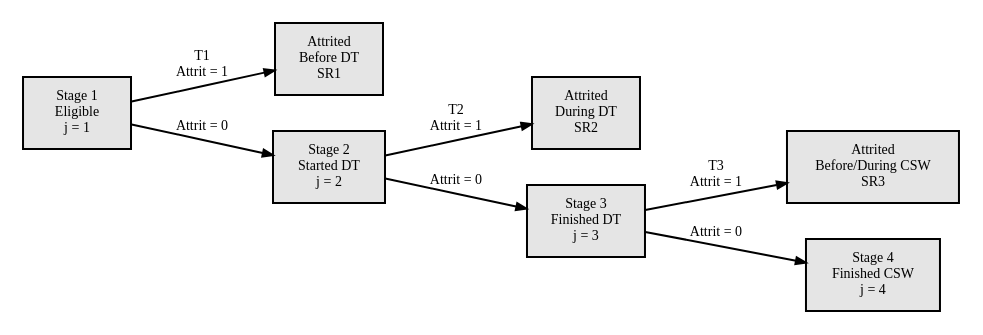
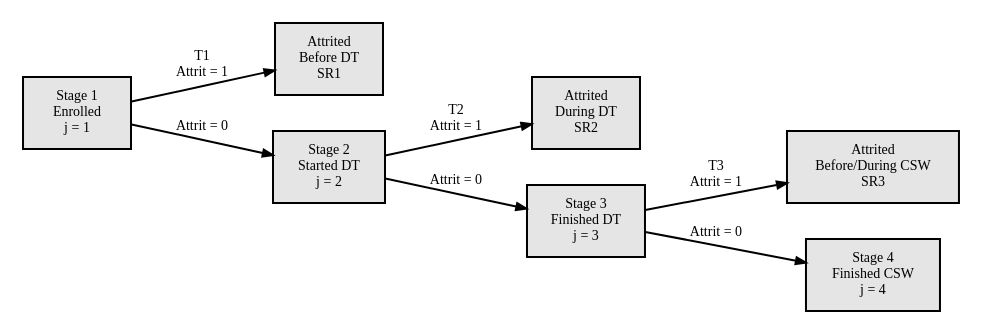
One commit to sjpierce/SANETPA changed the diagram in scripts/RQ2_RQ3_SR_Models.qmd. Above: the diagram before and after it, drawn with Graphviz.

Commit message:
Update stage diagram.

````diff
--- a/scripts/RQ2_RQ3_SR_Models.qmd
+++ b/scripts/RQ2_RQ3_SR_Models.qmd
@@ -315,33 +315,33 @@
 ```{dot}
 //| label: fig-Stages
 //| fig-cap: Stages, Thresholds (T1-T3), and Stopping Ratios (SR1-SR3) in the 
 //|          SANE Training Program. CSW, clinical skills workshop; DT, didactic 
 //|          training.
 //| fig-width: 5
 //| fig-height: 2.5
 
 digraph StagesModeled {
 
 graph [rankdir="LR"];
 
 node [shape = "box", style= "filled", fillcolor = "Gray90", fontsize = "7"];
 A1 [label = "Attrited\nBefore DT\nSR1"]
 A2 [label = "Attrited\nDuring DT\nSR2"]
 A3 [label = "Attrited\nBefore/During CSW\nSR3"]
 
-S1 [label = "Stage 1\nEligible\nj = 1"]
+S1 [label = "Stage 1\nEnrolled\nj = 1"]
 S2 [label = "Stage 2\nStarted DT\nj = 2"]
 S3 [label = "Stage 3\nFinished DT\nj = 3"]
 S4 [label = "Stage 4\nFinished CSW\nj = 4"]
 
 edge [fontsize = "7", arrowsize = 0.5];
 
 S1 -> A1 [label = "T1\nAttrit = 1"]
 S2 -> A2 [label = "T2\nAttrit = 1"]
 S3 -> A3 [label = "T3\nAttrit = 1"]
 
 S1 -> S2 [label = "Attrit = 0"]
 S2 -> S3 [label = "Attrit = 0"]
 S3 -> S4 [label = "Attrit = 0"]
 }
 ```
````
